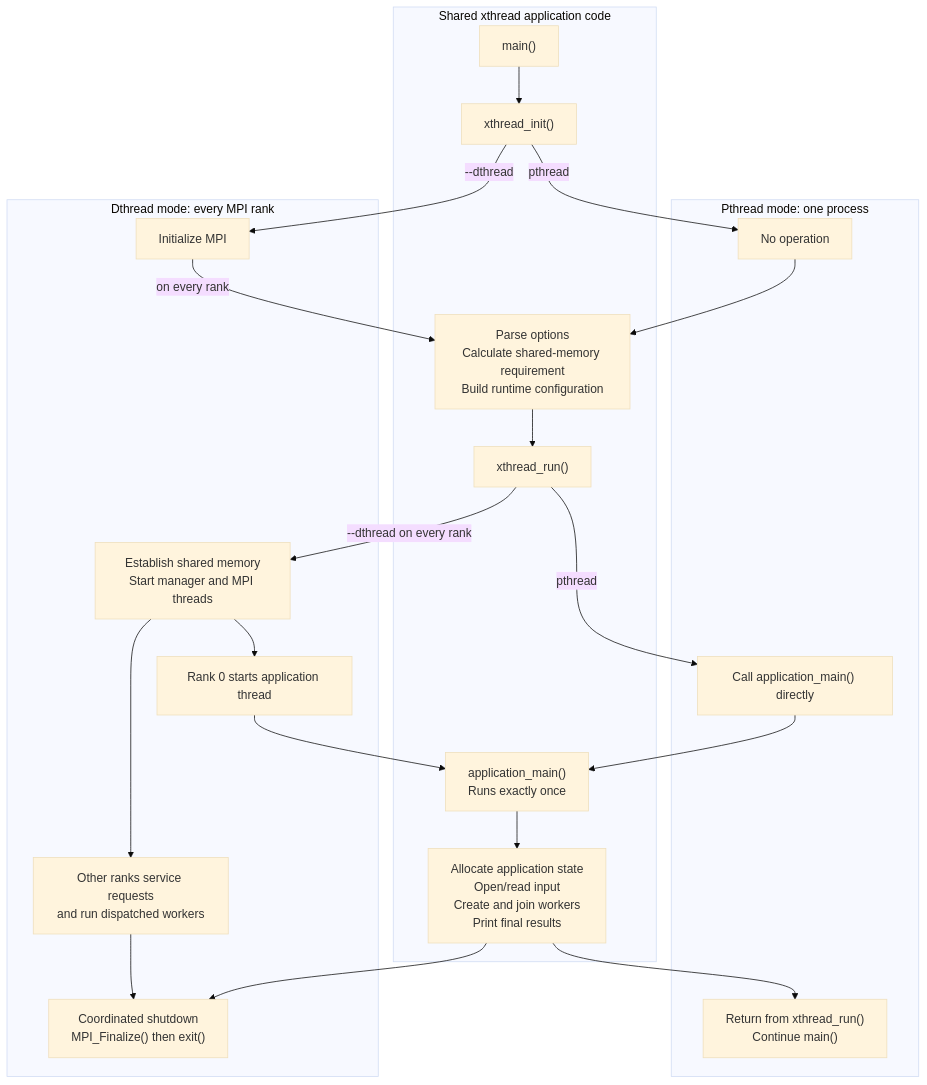
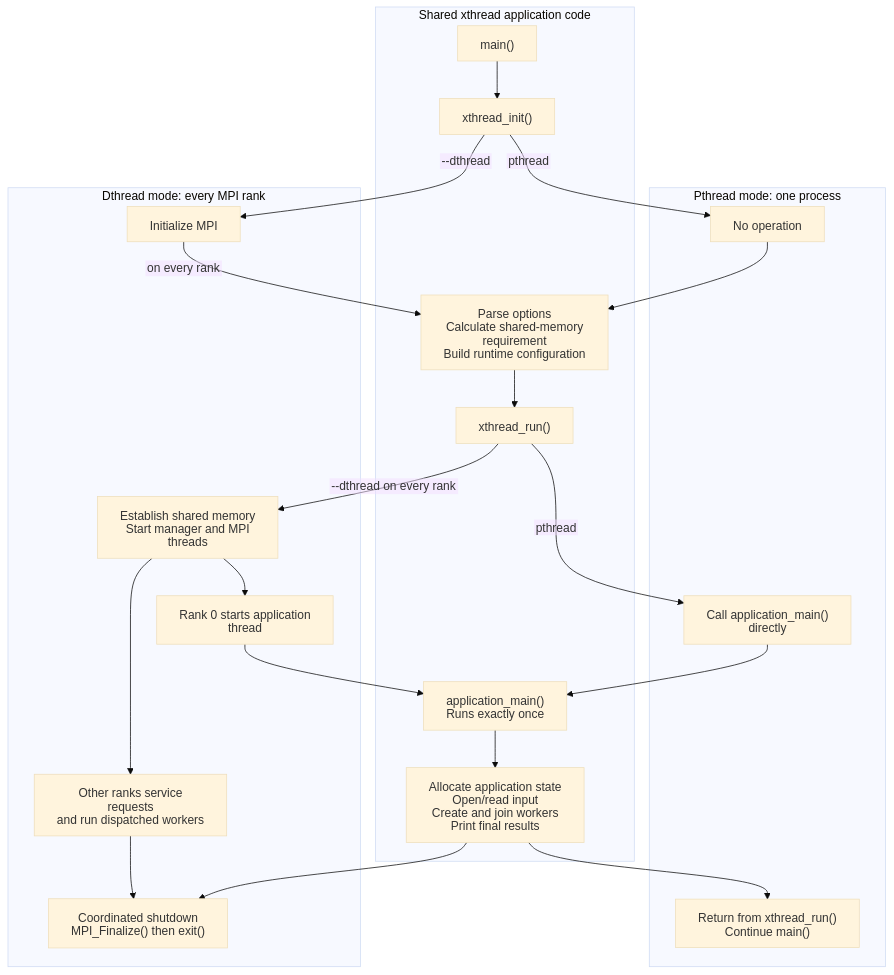
Before and after one commit to pnfs-storage/dthread: the diagram in xthread/README.md, drawn with Mermaid (base theme).

Commit message:
trying to fix truncated text

````diff
--- a/xthread/README.md
+++ b/xthread/README.md
@@ -13,46 +13,60 @@
 ```mermaid
+---
+config:
+  htmlLabels: false
+---
 flowchart TB
     subgraph Shared["Shared xthread application code"]
         MAIN["main()"]
         INIT["xthread_init()"]
-        SETUP["Parse options<br/>Calculate shared-memory requirement<br/>Build runtime configuration"]
+        SETUP["`Parse options
+        Calculate shared-memory requirement
+        Build runtime configuration`"]
         RUN["xthread_run()"]
-        APP["application_main()<br/>Runs exactly once"]
-        WORK["Allocate application state<br/>Open/read input<br/>Create and join workers<br/>Print final results"]
+        APP["`application_main()
+        Runs exactly once`"]
+        WORK["`Allocate application state
+        Open/read input
+        Create and join workers
+        Print final results`"]
 
         MAIN --> INIT
         SETUP --> RUN
         APP --> WORK
     end
 
     subgraph Pthread["Pthread mode: one process"]
         P_INIT["No operation"]
         P_RUN["Call application_main() directly"]
-        P_DONE["Return from xthread_run()<br/>Continue main()"]
+        P_DONE["`Return from xthread_run()
+        Continue main()`"]
     end
 
     subgraph Dthread["Dthread mode: every MPI rank"]
         D_INIT["Initialize MPI"]
-        D_RUN["Establish shared memory<br/>Start manager and MPI threads"]
+        D_RUN["`Establish shared memory
+        Start manager and MPI threads`"]
         D_APP["Rank 0 starts application thread"]
-        D_HELPERS["Other ranks service requests<br/>and run dispatched workers"]
-        D_STOP["Coordinated shutdown<br/>MPI_Finalize() then exit()"]
+        D_HELPERS["`Other ranks service requests
+        and run dispatched workers`"]
+        D_STOP["`Coordinated shutdown
+        MPI_Finalize() then exit()`"]
     end
 
     INIT -->|"pthread"| P_INIT
     INIT -->|"--dthread"| D_INIT
 
     P_INIT --> SETUP
     D_INIT -->|"on every rank"| SETUP
 
     RUN -->|"pthread"| P_RUN
     P_RUN --> APP
     WORK --> P_DONE
 
     RUN -->|"--dthread on every rank"| D_RUN
     D_RUN --> D_APP
     D_RUN --> D_HELPERS
     D_APP --> APP
     WORK --> D_STOP
     D_HELPERS --> D_STOP
 ```
````
